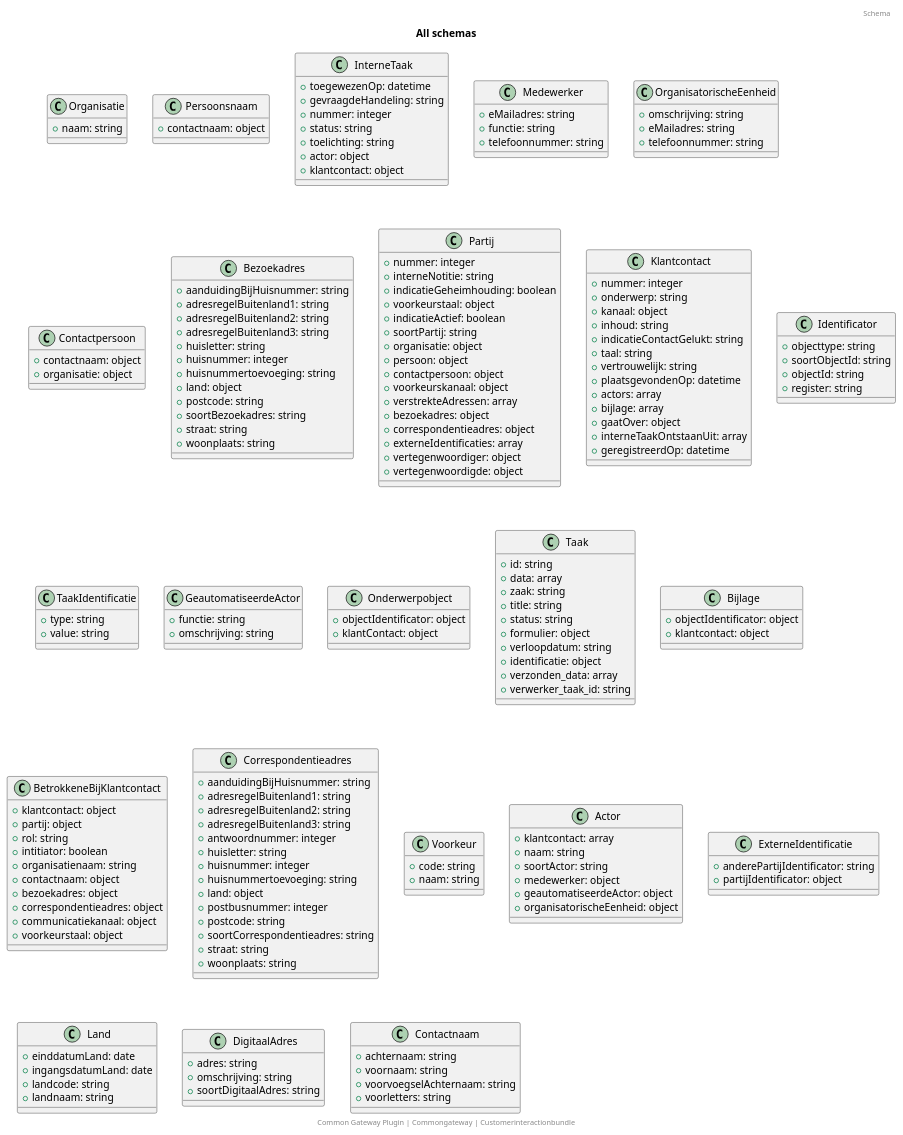
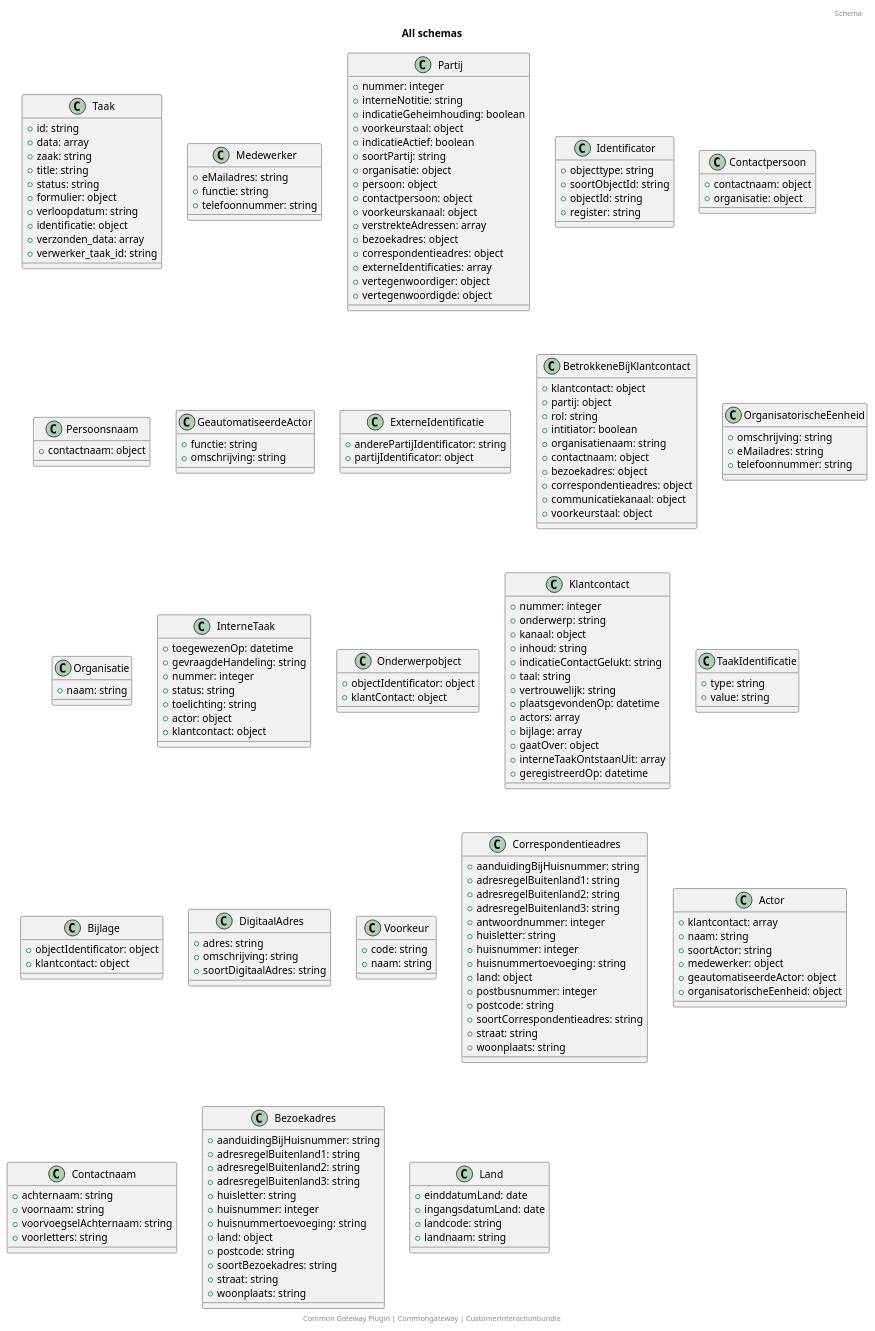
Before and after one commit to CommonGateway/CustomerInteractionBundle: the diagram in docs/schema/all_schema_classes.puml, drawn with PlantUML. The commit also changed other lines of this file and 24 other files, not shown here.

```diff
--- a/docs/schema/all_schema_classes.puml
+++ b/docs/schema/all_schema_classes.puml
@@ -1,176 +1,176 @@
 @startuml
 title: All schemas
 footer: Common Gateway Plugin | Commongateway | Customerinteractionbundle 
 header: Schema
-class Organisatie {
-  + naam: string
-}
-class Persoonsnaam {
-  + contactnaam: object
-}
-class InterneTaak {
-  + toegewezenOp: datetime
-  + gevraagdeHandeling: string
-  + nummer: integer
+class Taak {
+  + id: string
+  + data: array
+  + zaak: string
+  + title: string
   + status: string
-  + toelichting: string
-  + actor: object
-  + klantcontact: object
+  + formulier: object
+  + verloopdatum: string
+  + identificatie: object
+  + verzonden_data: array
+  + verwerker_taak_id: string
 }
 class Medewerker {
   + eMailadres: string
   + functie: string
   + telefoonnummer: string
-}
-class OrganisatorischeEenheid {
-  + omschrijving: string
-  + eMailadres: string
-  + telefoonnummer: string
-}
-class Contactpersoon {
-  + contactnaam: object
-  + organisatie: object
-}
-class Bezoekadres {
-  + aanduidingBijHuisnummer: string
-  + adresregelBuitenland1: string
-  + adresregelBuitenland2: string
-  + adresregelBuitenland3: string
-  + huisletter: string
-  + huisnummer: integer
-  + huisnummertoevoeging: string
-  + land: object
-  + postcode: string
-  + soortBezoekadres: string
-  + straat: string
-  + woonplaats: string
 }
 class Partij {
   + nummer: integer
   + interneNotitie: string
   + indicatieGeheimhouding: boolean
   + voorkeurstaal: object
   + indicatieActief: boolean
   + soortPartij: string
   + organisatie: object
   + persoon: object
   + contactpersoon: object
   + voorkeurskanaal: object
   + verstrekteAdressen: array
   + bezoekadres: object
   + correspondentieadres: object
   + externeIdentificaties: array
   + vertegenwoordiger: object
   + vertegenwoordigde: object
 }
+class Identificator {
+  + objecttype: string
+  + soortObjectId: string
+  + objectId: string
+  + register: string
+}
+class Contactpersoon {
+  + contactnaam: object
+  + organisatie: object
+}
+class Persoonsnaam {
+  + contactnaam: object
+}
+class GeautomatiseerdeActor {
+  + functie: string
+  + omschrijving: string
+}
+class ExterneIdentificatie {
+  + anderePartijIdentificator: string
+  + partijIdentificator: object
+}
+class BetrokkeneBijKlantcontact {
+  + klantcontact: object
+  + partij: object
+  + rol: string
+  + intitiator: boolean
+  + organisatienaam: string
+  + contactnaam: object
+  + bezoekadres: object
+  + correspondentieadres: object
+  + communicatiekanaal: object
+  + voorkeurstaal: object
+}
+class OrganisatorischeEenheid {
+  + omschrijving: string
+  + eMailadres: string
+  + telefoonnummer: string
+}
+class Organisatie {
+  + naam: string
+}
+class InterneTaak {
+  + toegewezenOp: datetime
+  + gevraagdeHandeling: string
+  + nummer: integer
+  + status: string
+  + toelichting: string
+  + actor: object
+  + klantcontact: object
+}
+class Onderwerpobject {
+  + objectIdentificator: object
+  + klantContact: object
+}
 class Klantcontact {
   + nummer: integer
   + onderwerp: string
   + kanaal: object
   + inhoud: string
   + indicatieContactGelukt: string
   + taal: string
   + vertrouwelijk: string
   + plaatsgevondenOp: datetime
   + actors: array
   + bijlage: array
   + gaatOver: object
   + interneTaakOntstaanUit: array
   + geregistreerdOp: datetime
 }
-class Identificator {
-  + objecttype: string
-  + soortObjectId: string
-  + objectId: string
-  + register: string
-}
 class TaakIdentificatie {
   + type: string
   + value: string
-}
-class GeautomatiseerdeActor {
-  + functie: string
-  + omschrijving: string
-}
-class Onderwerpobject {
-  + objectIdentificator: object
-  + klantContact: object
-}
-class Taak {
-  + id: string
-  + data: array
-  + zaak: string
-  + title: string
-  + status: string
-  + formulier: object
-  + verloopdatum: string
-  + identificatie: object
-  + verzonden_data: array
-  + verwerker_taak_id: string
 }
 class Bijlage {
   + objectIdentificator: object
   + klantcontact: object
 }
-class BetrokkeneBijKlantcontact {
-  + klantcontact: object
-  + partij: object
-  + rol: string
-  + intitiator: boolean
-  + organisatienaam: string
-  + contactnaam: object
-  + bezoekadres: object
-  + correspondentieadres: object
-  + communicatiekanaal: object
-  + voorkeurstaal: object
+class DigitaalAdres {
+  + adres: string
+  + omschrijving: string
+  + soortDigitaalAdres: string
+}
+class Voorkeur {
+  + code: string
+  + naam: string
 }
 class Correspondentieadres {
   + aanduidingBijHuisnummer: string
   + adresregelBuitenland1: string
   + adresregelBuitenland2: string
   + adresregelBuitenland3: string
   + antwoordnummer: integer
   + huisletter: string
   + huisnummer: integer
   + huisnummertoevoeging: string
   + land: object
   + postbusnummer: integer
   + postcode: string
   + soortCorrespondentieadres: string
   + straat: string
   + woonplaats: string
 }
-class Voorkeur {
-  + code: string
-  + naam: string
-}
 class Actor {
   + klantcontact: array
   + naam: string
   + soortActor: string
   + medewerker: object
   + geautomatiseerdeActor: object
   + organisatorischeEenheid: object
 }
-class ExterneIdentificatie {
-  + anderePartijIdentificator: string
-  + partijIdentificator: object
+class Contactnaam {
+  + achternaam: string
+  + voornaam: string
+  + voorvoegselAchternaam: string
+  + voorletters: string
+}
+class Bezoekadres {
+  + aanduidingBijHuisnummer: string
+  + adresregelBuitenland1: string
+  + adresregelBuitenland2: string
+  + adresregelBuitenland3: string
+  + huisletter: string
+  + huisnummer: integer
+  + huisnummertoevoeging: string
+  + land: object
+  + postcode: string
+  + soortBezoekadres: string
+  + straat: string
+  + woonplaats: string
 }
 class Land {
   + einddatumLand: date
   + ingangsdatumLand: date
   + landcode: string
   + landnaam: string
 }
-class DigitaalAdres {
-  + adres: string
-  + omschrijving: string
-  + soortDigitaalAdres: string
-}
-class Contactnaam {
-  + achternaam: string
-  + voornaam: string
-  + voorvoegselAchternaam: string
-  + voorletters: string
-}
 @enduml
```
